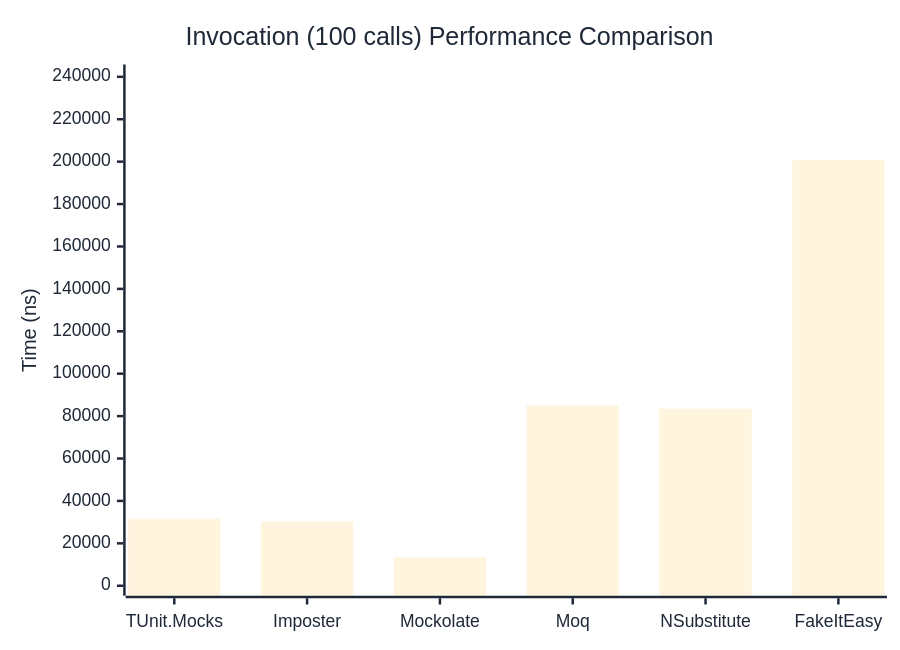
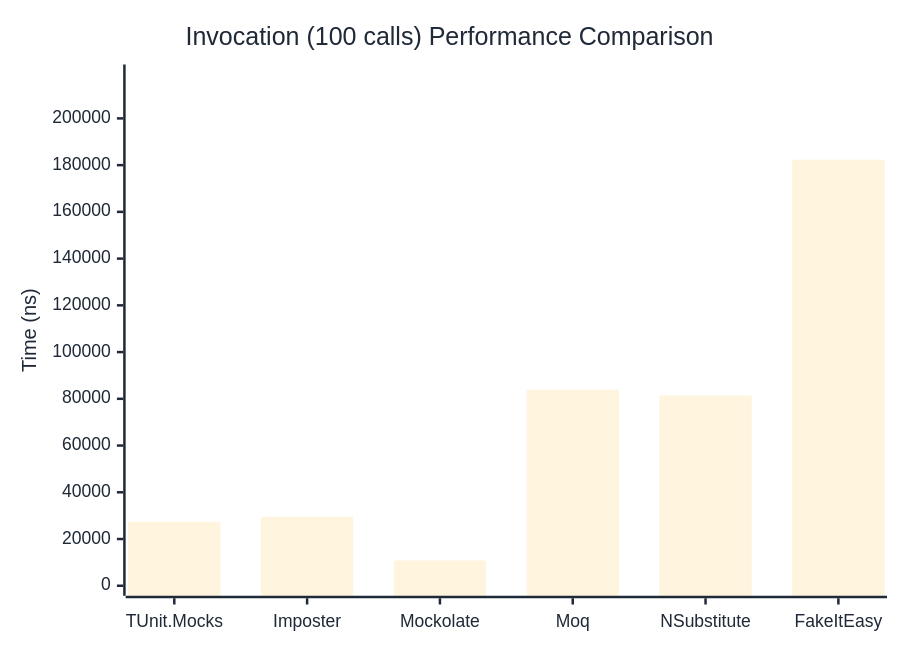
Before and after one commit to thomhurst/TUnit: the third of 3 diagrams in docs/docs/benchmarks/mocks/Invocation.md, drawn with Mermaid. The commit also changed other lines of this file and 14 other files, not shown here.

````diff
--- a/docs/docs/benchmarks/mocks/Invocation.md
+++ b/docs/docs/benchmarks/mocks/Invocation.md
@@ -112,27 +112,27 @@
 ```mermaid
 %%{init: {
   'theme':'base',
   'themeVariables': {
     'primaryColor': '#2563eb',
     'primaryTextColor': '#1f2937',
     'primaryBorderColor': '#1e40af',
     'lineColor': '#6b7280',
     'secondaryColor': '#7c3aed',
     'tertiaryColor': '#dc2626',
     'background': '#ffffff',
     'pie1': '#2563eb',
     'pie2': '#7c3aed',
     'pie3': '#dc2626',
     'pie4': '#f59e0b',
     'pie5': '#10b981',
     'pie6': '#06b6d4',
     'pie7': '#ec4899',
     'pie8': '#6366f1'
   }
 }}%%
 xychart-beta
   title "Invocation (100 calls) Performance Comparison"
   x-axis ["TUnit.Mocks", "Imposter", "Mockolate", "Moq", "NSubstitute", "FakeItEasy"]
-  y-axis "Time (ns)" 0 --> 241095
-  bar [31592.8, 30385.5, 13289.4, 85065.2, 83541.6, 200912.3]
+  y-axis "Time (ns)" 0 --> 218787
+  bar [27342.5, 29495.1, 10825.3, 83855.2, 81404.3, 182322.3]
 ```
````
